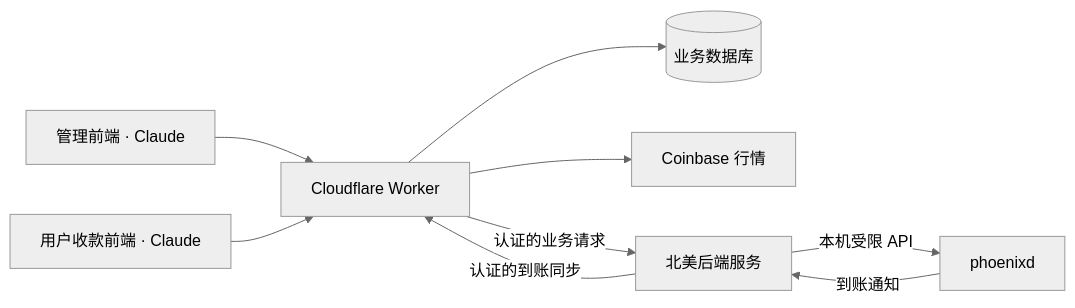
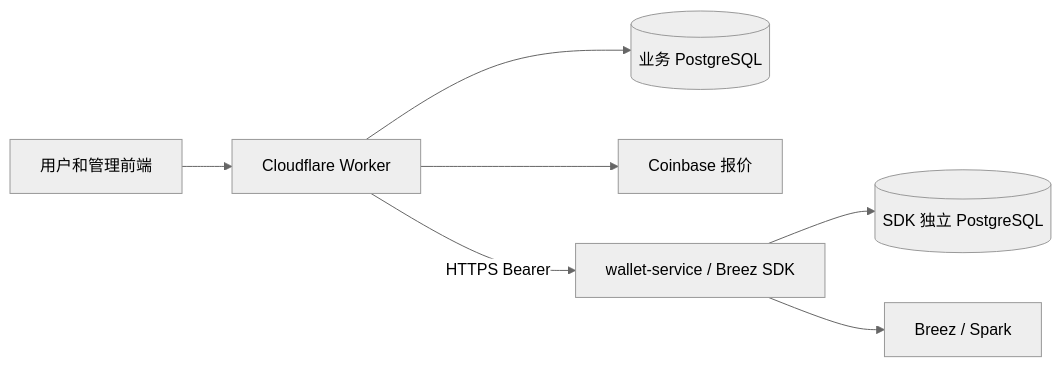
One commit to xxxijustwei/btc-lightning-pay changed the diagram in docs/backend-phase-one.md. Above: the diagram before and after it, drawn with Mermaid (neutral theme). The commit also changed other lines of this file and 92 other files, not shown here.

````diff
--- a/docs/backend-phase-one.md
+++ b/docs/backend-phase-one.md
@@ -30,11 +30,9 @@
 ```mermaid
 flowchart LR
-  A[管理前端 · Claude] --> W[Cloudflare Worker]
-  U[用户收款前端 · Claude] --> W
-  W --> D[(业务数据库)]
-  W --> R[Coinbase 行情]
-  W -->|认证的业务请求| G[北美后端服务]
-  G -->|本机受限 API| P[phoenixd]
-  P -->|到账通知| G
-  G -->|认证的到账同步| W
+  U[用户和管理前端] --> W[Cloudflare Worker]
+  W --> D[(业务 PostgreSQL)]
+  W --> Q[Coinbase 报价]
+  W -->|HTTPS Bearer| S[wallet-service / Breez SDK]
+  S --> P[(SDK 独立 PostgreSQL)]
+  S --> B[Breez / Spark]
 ```
````
